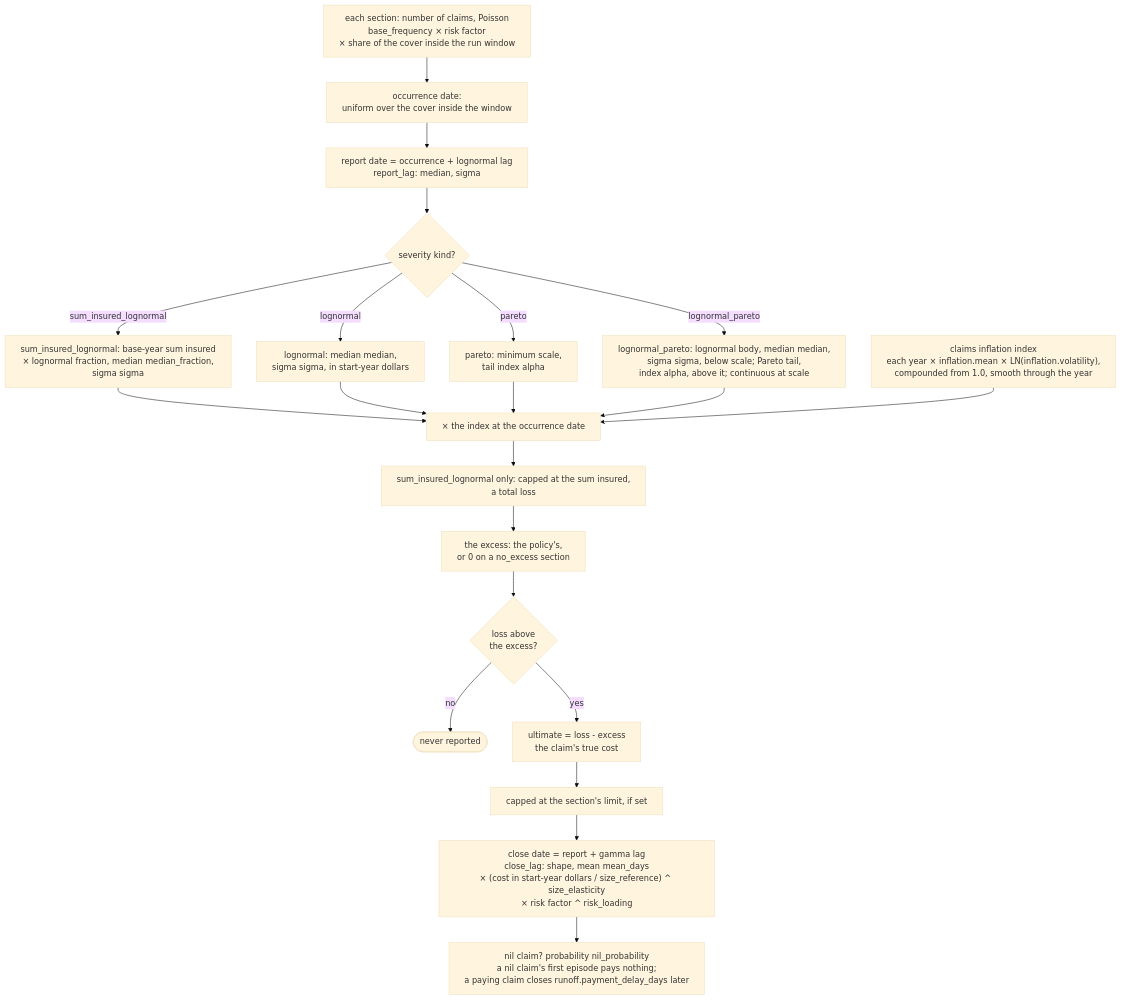
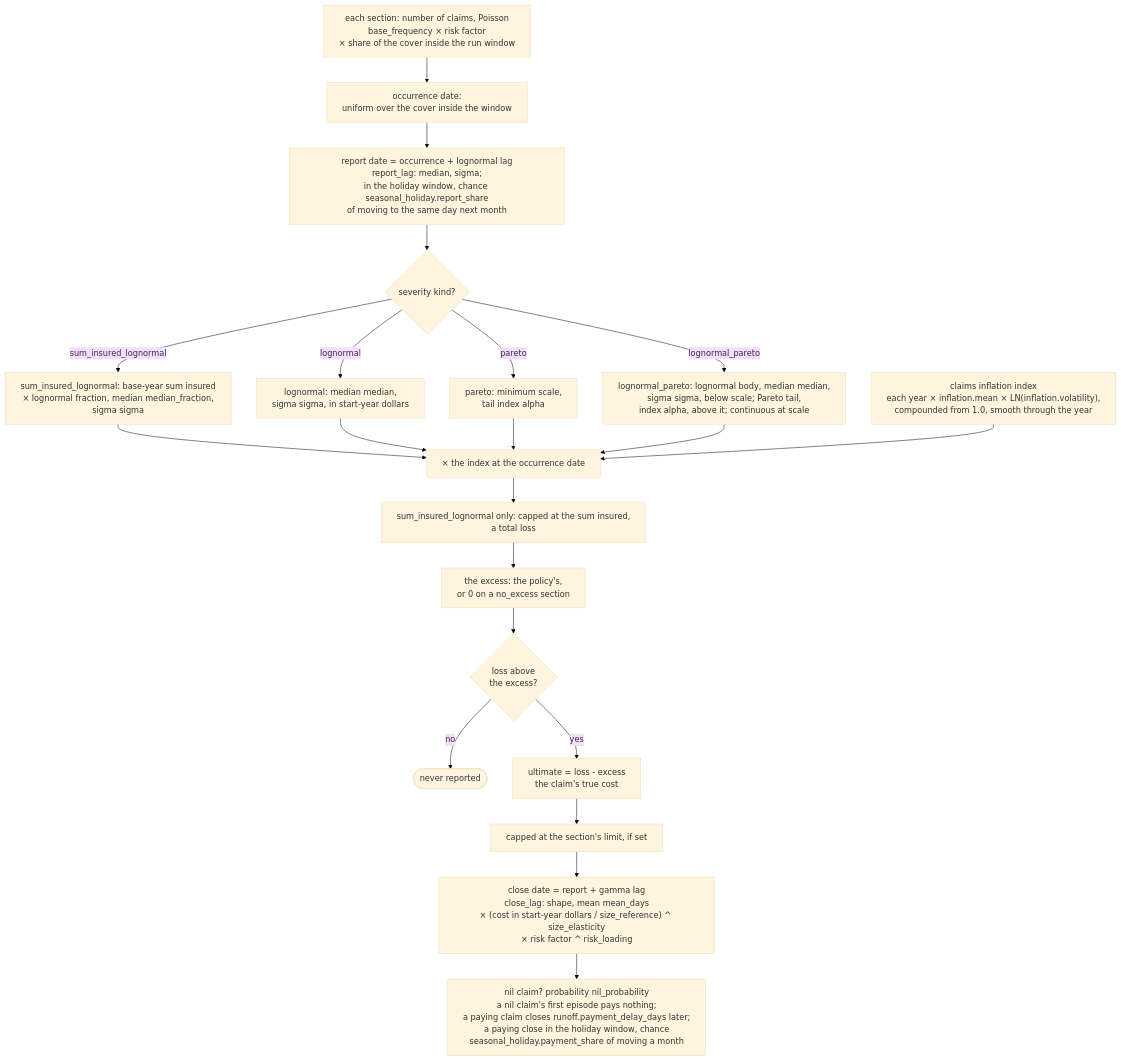
The fourth of 10 diagrams in README.md (le-marais/claims-data-generator), drawn with Mermaid (base theme) before and after one commit. The commit also changed other lines of this file and 22 other files, not shown here.

First line of the commit message:
Defer a share of summer-holiday reports and payments to the next month (#36)

````diff
--- a/README.md
+++ b/README.md
@@ -155,35 +155,35 @@
 ```mermaid
 %%{init: {"flowchart": {"wrappingWidth": 480}}}%%
 flowchart TD
     count["each section: number of claims, Poisson<br/>base_frequency × risk factor<br/>× share of the cover inside the run window"]
     occurrence["occurrence date:<br/>uniform over the cover inside the window"]
-    report["report date = occurrence + lognormal lag<br/>report_lag: median, sigma"]
+    report["report date = occurrence + lognormal lag<br/>report_lag: median, sigma;<br/>in the holiday window, chance seasonal_holiday.report_share<br/>of moving to the same day next month"]
     kind{"severity kind?"}
     siLoss["sum_insured_lognormal: base-year sum insured<br/>× lognormal fraction, median median_fraction,<br/>sigma sigma"]
     lognormalLoss["lognormal: median median,<br/>sigma sigma, in start-year dollars"]
     paretoLoss["pareto: minimum scale,<br/>tail index alpha"]
     splicedLoss["lognormal_pareto: lognormal body, median median,<br/>sigma sigma, below scale; Pareto tail,<br/>index alpha, above it; continuous at scale"]
     index["claims inflation index<br/>each year × inflation.mean × LN(inflation.volatility),<br/>compounded from 1.0, smooth through the year"]
     trended["× the index at the occurrence date"]
     cap["sum_insured_lognormal only: capped at the sum insured,<br/>a total loss"]
     excess["the excess: the policy's,<br/>or 0 on a no_excess section"]
     pierce{"loss above<br/>the excess?"}
     dropped(["never reported"])
     ultimate["ultimate = loss - excess<br/>the claim's true cost"]
     limitCap["capped at the section's limit, if set"]
     closeDate["close date = report + gamma lag<br/>close_lag: shape, mean mean_days<br/>× (cost in start-year dollars / size_reference) ^ size_elasticity<br/>× risk factor ^ risk_loading"]
-    nilFlag["nil claim? probability nil_probability<br/>a nil claim's first episode pays nothing;<br/>a paying claim closes runoff.payment_delay_days later"]
+    nilFlag["nil claim? probability nil_probability<br/>a nil claim's first episode pays nothing;<br/>a paying claim closes runoff.payment_delay_days later;<br/>a paying close in the holiday window, chance<br/>seasonal_holiday.payment_share of moving a month"]
     count --> occurrence --> report --> kind
     kind -- "sum_insured_lognormal" --> siLoss
     kind -- "lognormal" --> lognormalLoss
     kind -- "pareto" --> paretoLoss
     kind -- "lognormal_pareto" --> splicedLoss
     siLoss --> trended
     lognormalLoss --> trended
     paretoLoss --> trended
     splicedLoss --> trended
     index --> trended
     trended --> cap --> excess --> pierce
     pierce -- "no" --> dropped
     pierce -- "yes" --> ultimate --> limitCap --> closeDate --> nilFlag
 ```
````
